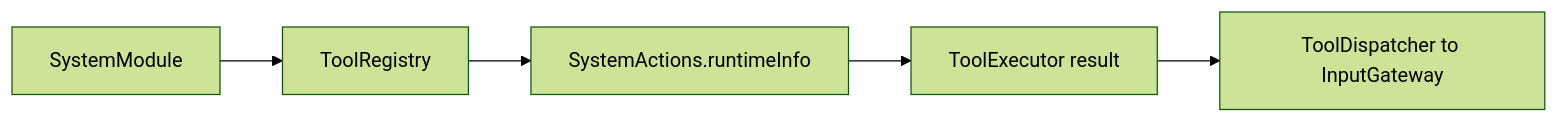
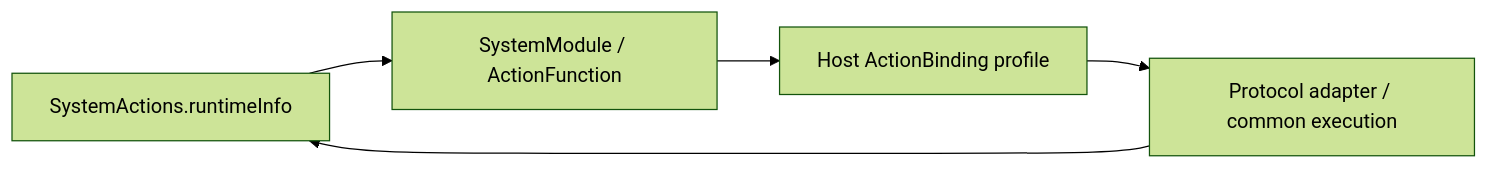
One commit to devilyouwei/MobileHarness changed the diagram in MobileHarness/Actions/System/README.md. Above: the diagram before and after it, drawn with Mermaid (forest theme). The commit also changed other lines of this file and 238 other files, not shown here.

First line of the commit message:
Separate callable Actions from Gateway execution and call protocols

````diff
--- a/MobileHarness/Actions/System/README.md
+++ b/MobileHarness/Actions/System/README.md
@@ -9,7 +7,7 @@
 ```mermaid
 flowchart LR
-    Definition[SystemModule] --> Registry[ToolRegistry]
-    Registry --> Function[SystemActions.runtimeInfo]
-    Function --> Executor[ToolExecutor result]
-    Executor --> Gateway[ToolDispatcher to InputGateway]
+    Function[SystemActions.runtimeInfo] --> Catalog[SystemModule / ActionFunction]
+    Catalog --> Host[Host ActionBinding profile]
+    Host --> Runtime[Protocol adapter / common execution]
+    Runtime --> Function
 ```
````
